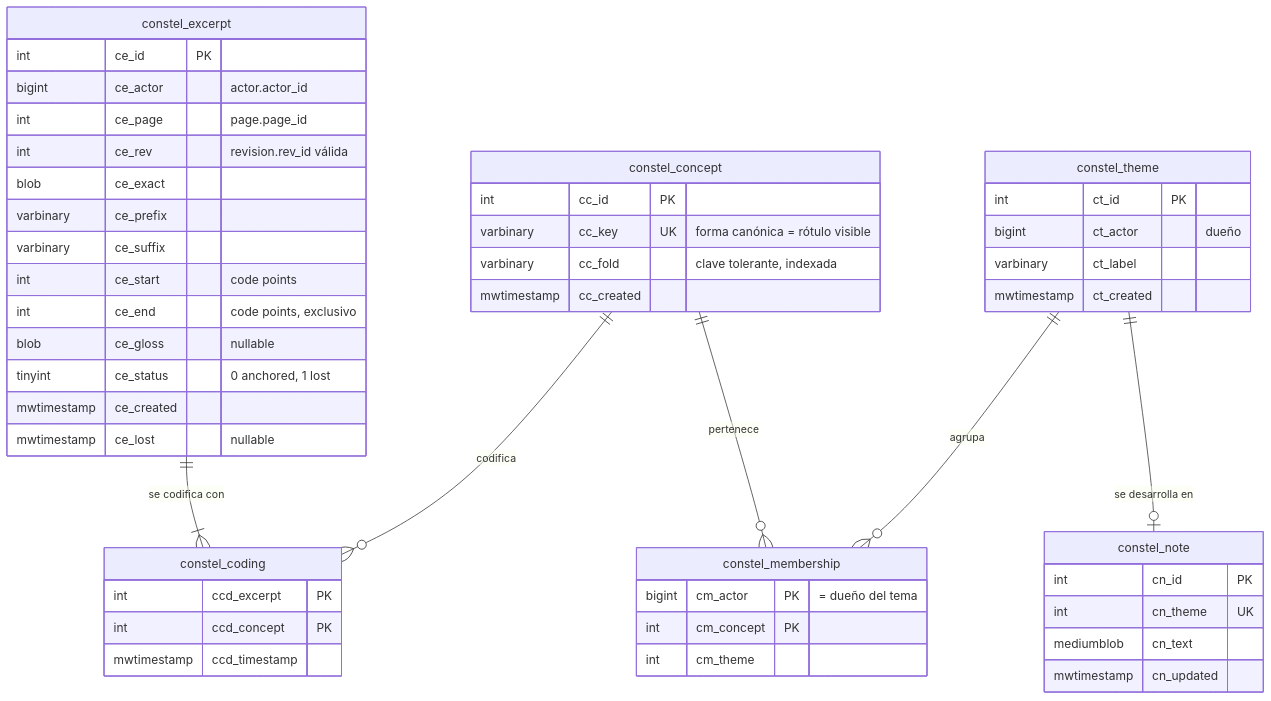
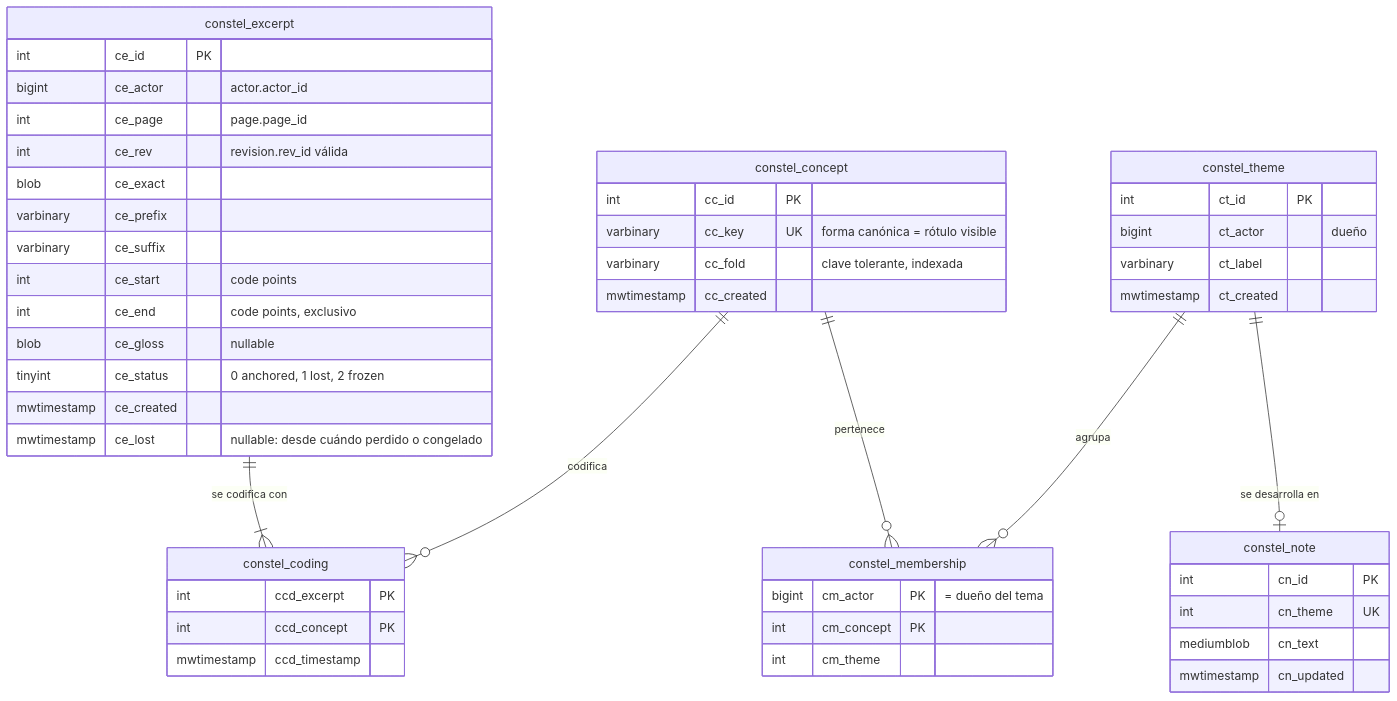
Before and after one commit to eadpucv/casiopea-constel: the fourth of 9 diagrams in docs/ARCHITECTURE.md, drawn with Mermaid. The commit also changed other lines of this file and 31 other files, not shown here.

````diff
--- a/docs/ARCHITECTURE.md
+++ b/docs/ARCHITECTURE.md
@@ -241,52 +242,52 @@
 ```mermaid
 erDiagram
     constel_concept {
         int cc_id PK
         varbinary cc_key UK "forma canónica = rótulo visible"
         varbinary cc_fold "clave tolerante, indexada"
         mwtimestamp cc_created
     }
     constel_excerpt {
         int ce_id PK
         bigint ce_actor "actor.actor_id"
         int ce_page "page.page_id"
         int ce_rev "revision.rev_id válida"
         blob ce_exact
         varbinary ce_prefix
         varbinary ce_suffix
         int ce_start "code points"
         int ce_end "code points, exclusivo"
         blob ce_gloss "nullable"
-        tinyint ce_status "0 anchored, 1 lost"
+        tinyint ce_status "0 anchored, 1 lost, 2 frozen"
         mwtimestamp ce_created
-        mwtimestamp ce_lost "nullable"
+        mwtimestamp ce_lost "nullable: desde cuándo perdido o congelado"
     }
     constel_coding {
         int ccd_excerpt PK
         int ccd_concept PK
         mwtimestamp ccd_timestamp
     }
     constel_theme {
         int ct_id PK
         bigint ct_actor "dueño"
         varbinary ct_label
         mwtimestamp ct_created
     }
     constel_membership {
         bigint cm_actor PK "= dueño del tema"
         int cm_concept PK
         int cm_theme
     }
     constel_note {
         int cn_id PK
         int cn_theme UK
         mediumblob cn_text
         mwtimestamp cn_updated
     }
 
     constel_excerpt ||--|{ constel_coding : "se codifica con"
     constel_concept ||--o{ constel_coding : "codifica"
     constel_theme ||--o{ constel_membership : "agrupa"
     constel_concept ||--o{ constel_membership : "pertenece"
     constel_theme ||--o| constel_note : "se desarrolla en"
 ```
````
